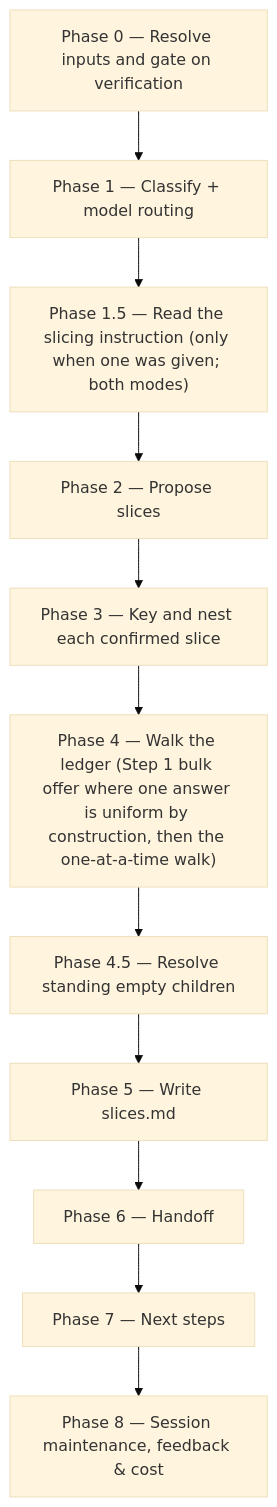
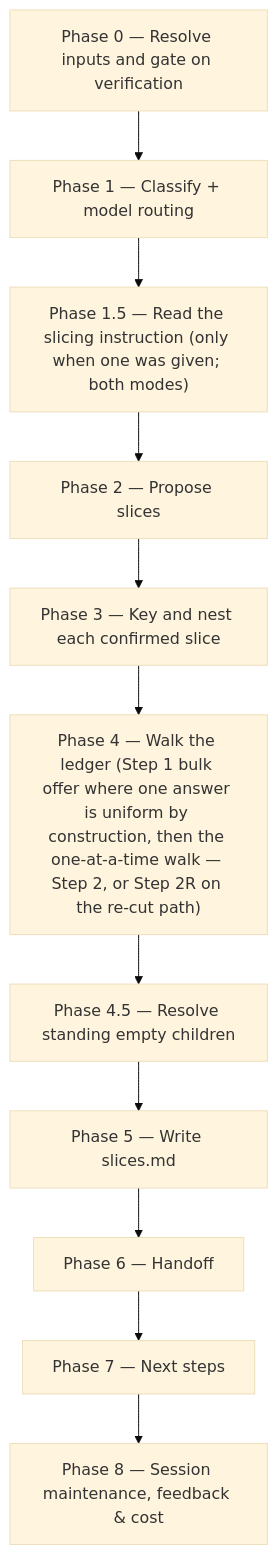
One commit to ihudak/ihudak-claude-plugins changed the diagram in plugins/product-workflows/docs/commands/brd-split.md. Above: the diagram before and after it, drawn with Mermaid (base theme). The commit also changed other lines of this file and 6 other files, not shown here.

````diff
--- a/plugins/product-workflows/docs/commands/brd-split.md
+++ b/plugins/product-workflows/docs/commands/brd-split.md
@@ -111,13 +177,13 @@
 ```mermaid
 flowchart TD
     p0["Phase 0 — Resolve inputs and gate on verification"] --> p1["Phase 1 — Classify + model routing"]
     p1 --> p15["Phase 1.5 — Read the slicing instruction (only when one was given; both modes)"]
     p15 --> p2["Phase 2 — Propose slices"]
     p2 --> p3["Phase 3 — Key and nest each confirmed slice"]
-    p3 --> p4["Phase 4 — Walk the ledger (Step 1 bulk offer where one answer is uniform by construction, then the one-at-a-time walk)"]
+    p3 --> p4["Phase 4 — Walk the ledger (Step 1 bulk offer where one answer is uniform by construction, then the one-at-a-time walk — Step 2, or Step 2R on the re-cut path)"]
     p4 --> p45["Phase 4.5 — Resolve standing empty children"]
     p45 --> p5["Phase 5 — Write slices.md"]
     p5 --> p6["Phase 6 — Handoff"]
     p6 --> p7["Phase 7 — Next steps"]
     p7 --> p8["Phase 8 — Session maintenance, feedback & cost"]
 ```
````
